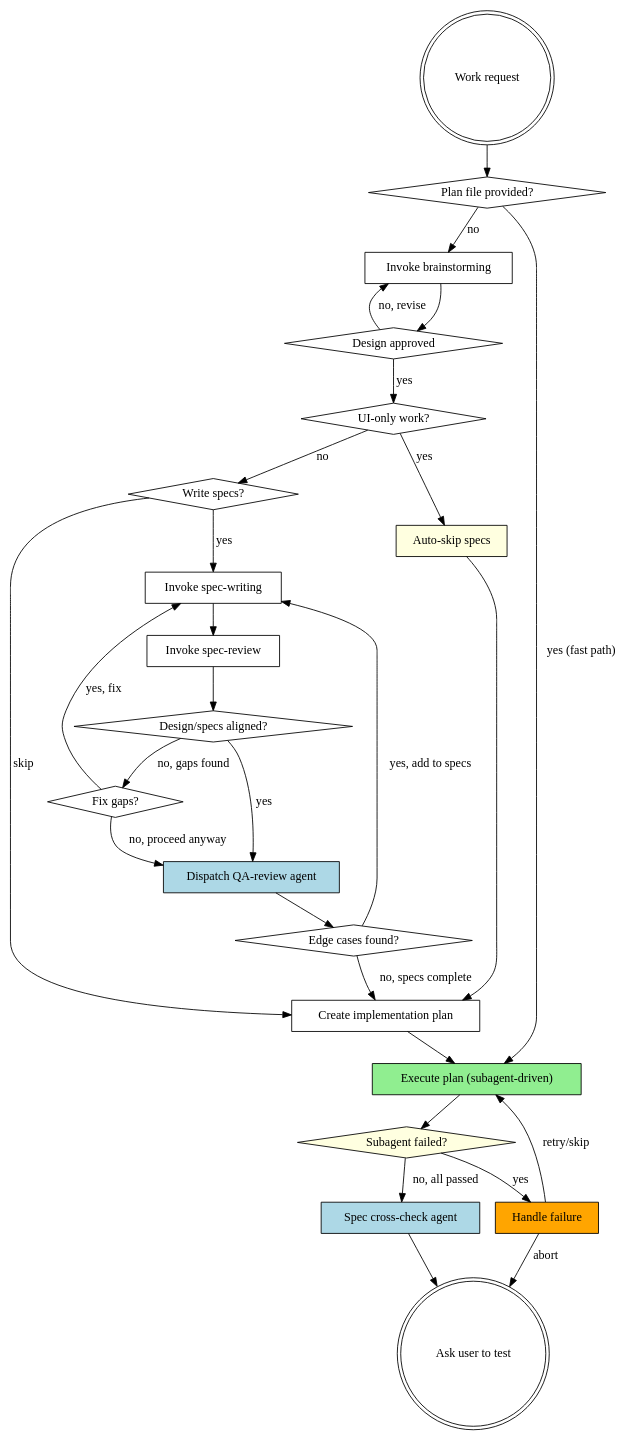
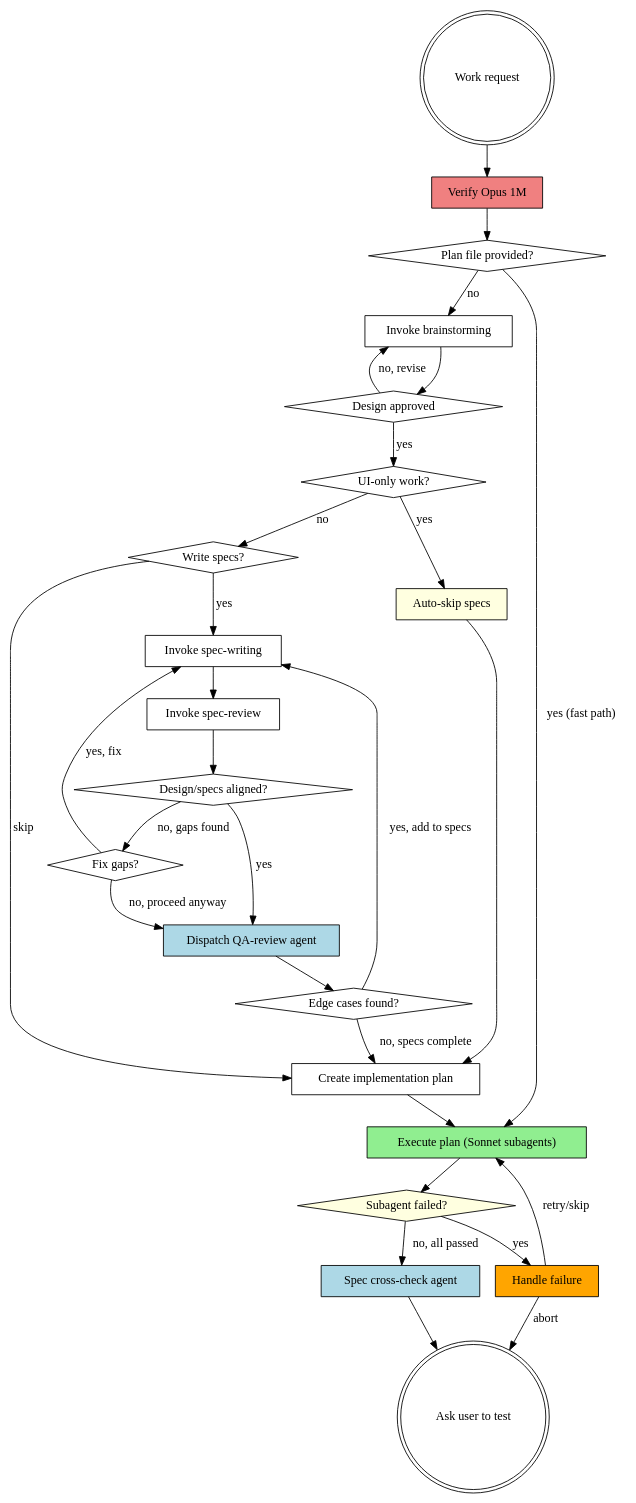
The diagram in skills/pipeline/SKILL.md (pandaworks-software-plt/pandahrms-skills), drawn with Graphviz before and after one commit. The commit also changed other lines of this file and 1 other file, not shown here.

First line of the commit message:
feat(pipeline): enforce Opus 1M for design and Sonnet subagents for execution

````diff
--- a/skills/pipeline/SKILL.md
+++ b/skills/pipeline/SKILL.md
@@ -48,51 +76,53 @@
 ```dot
 digraph pipeline {
     "Work request" [shape=doublecircle];
+    "Verify Opus 1M" [shape=box, style=filled, fillcolor=lightcoral];
     "Plan file provided?" [shape=diamond];
     "Invoke brainstorming" [shape=box];
     "Design approved" [shape=diamond];
     "UI-only work?" [shape=diamond];
     "Auto-skip specs" [shape=box, style=filled, fillcolor=lightyellow];
     "Write specs?" [shape=diamond];
     "Invoke spec-writing" [shape=box];
     "Invoke spec-review" [shape=box];
     "Design/specs aligned?" [shape=diamond];
     "Dispatch QA-review agent" [shape=box, style=filled, fillcolor=lightblue];
     "Edge cases found?" [shape=diamond];
     "Create implementation plan" [shape=box];
-    "Execute plan (subagent-driven)" [shape=box, style=filled, fillcolor=lightgreen];
+    "Execute plan (Sonnet subagents)" [shape=box, style=filled, fillcolor=lightgreen];
     "Subagent failed?" [shape=diamond, style=filled, fillcolor=lightyellow];
     "Handle failure" [shape=box, style=filled, fillcolor=orange];
     "Spec cross-check agent" [shape=box, style=filled, fillcolor=lightblue];
     "Ask user to test" [shape=doublecircle];
 
-    "Work request" -> "Plan file provided?";
-    "Plan file provided?" -> "Execute plan (subagent-driven)" [label="yes (fast path)"];
+    "Work request" -> "Verify Opus 1M";
+    "Verify Opus 1M" -> "Plan file provided?";
+    "Plan file provided?" -> "Execute plan (Sonnet subagents)" [label="yes (fast path)"];
     "Plan file provided?" -> "Invoke brainstorming" [label="no"];
     "Invoke brainstorming" -> "Design approved";
     "Design approved" -> "Invoke brainstorming" [label="no, revise"];
     "Design approved" -> "UI-only work?" [label="yes"];
     "UI-only work?" -> "Auto-skip specs" [label="yes"];
     "Auto-skip specs" -> "Create implementation plan";
     "UI-only work?" -> "Write specs?" [label="no"];
     "Write specs?" -> "Invoke spec-writing" [label="yes"];
     "Write specs?" -> "Create implementation plan" [label="skip"];
     "Invoke spec-writing" -> "Invoke spec-review";
     "Invoke spec-review" -> "Design/specs aligned?";
     "Design/specs aligned?" -> "Fix gaps?" [label="no, gaps found"];
     "Fix gaps?" [shape=diamond];
     "Fix gaps?" -> "Invoke spec-writing" [label="yes, fix"];
     "Fix gaps?" -> "Dispatch QA-review agent" [label="no, proceed anyway"];
     "Design/specs aligned?" -> "Dispatch QA-review agent" [label="yes"];
     "Dispatch QA-review agent" -> "Edge cases found?";
     "Edge cases found?" -> "Invoke spec-writing" [label="yes, add to specs"];
     "Edge cases found?" -> "Create implementation plan" [label="no, specs complete"];
-    "Create implementation plan" -> "Execute plan (subagent-driven)";
-    "Execute plan (subagent-driven)" -> "Subagent failed?";
+    "Create implementation plan" -> "Execute plan (Sonnet subagents)";
+    "Execute plan (Sonnet subagents)" -> "Subagent failed?";
     "Subagent failed?" -> "Handle failure" [label="yes"];
-    "Handle failure" -> "Execute plan (subagent-driven)" [label="retry/skip"];
+    "Handle failure" -> "Execute plan (Sonnet subagents)" [label="retry/skip"];
     "Handle failure" -> "Ask user to test" [label="abort"];
     "Subagent failed?" -> "Spec cross-check agent" [label="no, all passed"];
     "Spec cross-check agent" -> "Ask user to test";
 }
 ```
````
